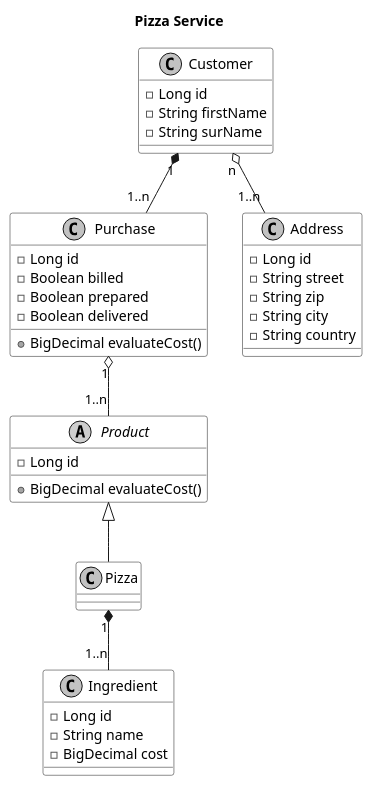
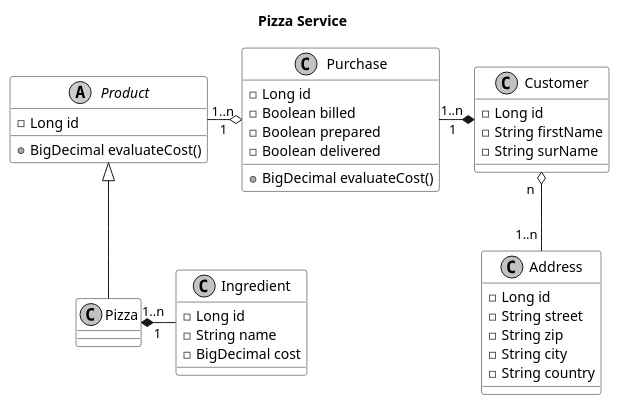
One commit to mervyn-mccreight/delivery changed the diagram in uml/all.puml. Above: the diagram before and after it, drawn with PlantUML.

Commit message:
uml diagram vorschlag.

```diff
--- a/uml/all.puml
+++ b/uml/all.puml
@@ -1,54 +1,54 @@
 @startuml
 
 title Pizza Service
 skinparam monochrome true
 skinparam classBackgroundColor #ffffff
 skinparam stereoTypeCBackgroundColor #ffffff
 skinparam stereoTypeABackgroundColor #ffffff
 skinparam shadowing false
 
 abstract class Product {
     -Long id
     +BigDecimal evaluateCost()
 }
 
 class Pizza
 
 class Ingredient {
     -Long id
     -String name
     -BigDecimal cost
 }
 
-Pizza "1" *-- "1..n" Ingredient
+Pizza "  1  " *-left- "   1..n " Ingredient
 Product <|-- Pizza
 
 class Purchase {
     -Long id
     -Boolean billed
     -Boolean prepared
     -Boolean delivered
     +BigDecimal evaluateCost()
 }
 
-Purchase "1" o-- "1..n" Product
+Purchase "1  " o-left- "1..n" Product
 
 class Customer {
     -Long id
     -String firstName
     -String surName
 }
 
-Customer "1" *-- "1..n" Purchase
+Customer "1   " *-left- "1..n " Purchase
 
 class Address {
     -Long id
     -String street
     -String zip
     -String city
     -String country
 }
 
-Customer "n" o-- "1..n" Address
+Customer "n  " o-- "1..n " Address
 
 @enduml
```
